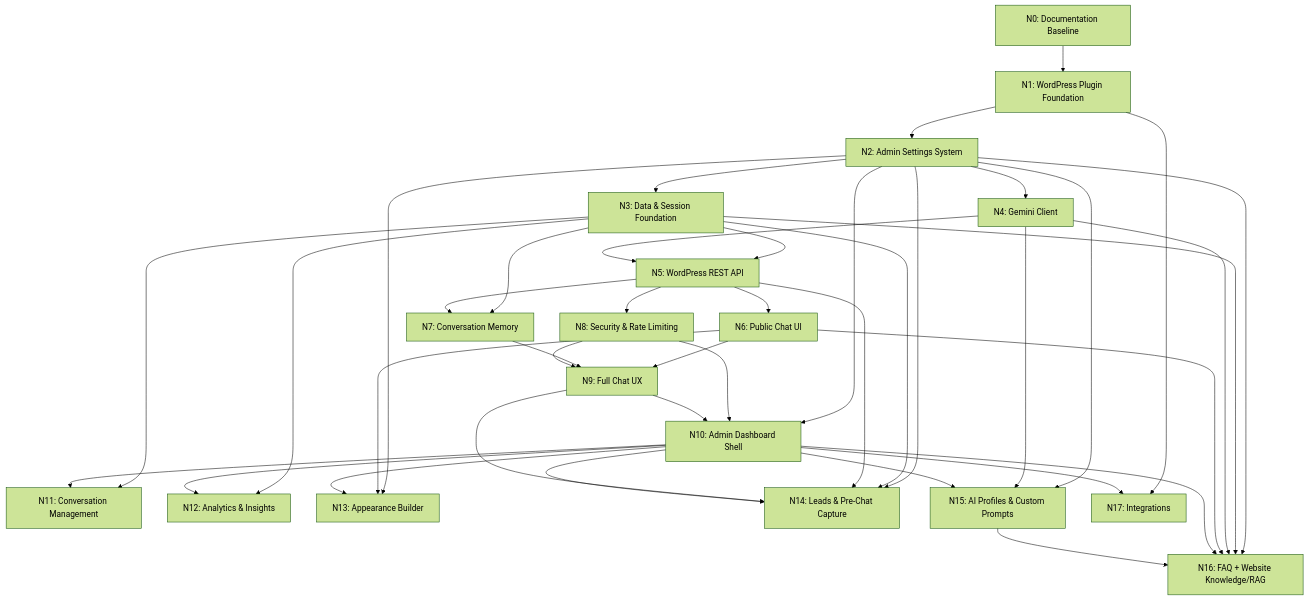
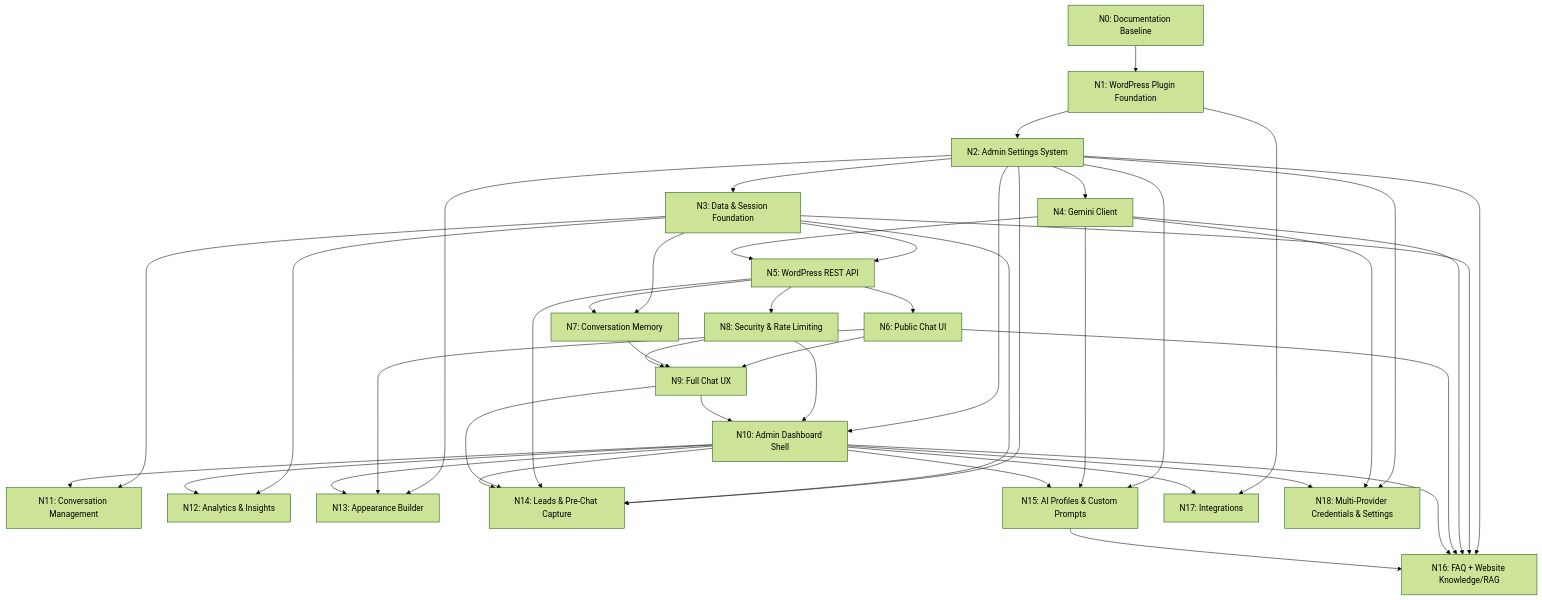
One commit to jattiphrswan/chatbot changed the diagram in ROADMAP.md. Above: the diagram before and after it, drawn with Mermaid (forest theme). The commit also changed other lines of this file and 24 other files, not shown here.

Commit message:
feat: complete Node N18 secure multi-provider credentials and admin settings

````diff
--- a/ROADMAP.md
+++ b/ROADMAP.md
@@ -5,42 +5,45 @@
 ```mermaid
 flowchart TD
     N0[N0: Documentation Baseline] --> N1[N1: WordPress Plugin Foundation]
     N1 --> N2[N2: Admin Settings System]
     N2 --> N3[N3: Data & Session Foundation]
     N2 --> N4[N4: Gemini Client]
     N3 --> N5[N5: WordPress REST API]
     N4 --> N5
     N5 --> N6[N6: Public Chat UI]
     N3 --> N7[N7: Conversation Memory]
     N5 --> N7
     N5 --> N8[N8: Security & Rate Limiting]
     N6 --> N9[N9: Full Chat UX]
     N7 --> N9
     N8 --> N9
     N2 --> N10[N10: Admin Dashboard Shell]
     N8 --> N10
     N9 --> N10
     N3 --> N11[N11: Conversation Management]
     N10 --> N11
     N3 --> N12[N12: Analytics & Insights]
     N10 --> N12
     N2 --> N13[N13: Appearance Builder]
     N6 --> N13
     N10 --> N13
     N2 --> N14[N14: Leads & Pre-Chat Capture]
     N3 --> N14
     N5 --> N14
     N9 --> N14
     N10 --> N14
     N2 --> N15[N15: AI Profiles & Custom Prompts]
     N4 --> N15
     N10 --> N15
     N2 --> N16[N16: FAQ + Website Knowledge/RAG]
     N3 --> N16
     N4 --> N16
     N6 --> N16
     N10 --> N16
     N15 --> N16
     N1 --> N17[N17: Integrations]
     N10 --> N17
+    N2 --> N18[N18: Multi-Provider Credentials & Settings]
+    N4 --> N18
+    N10 --> N18
 ```
````
